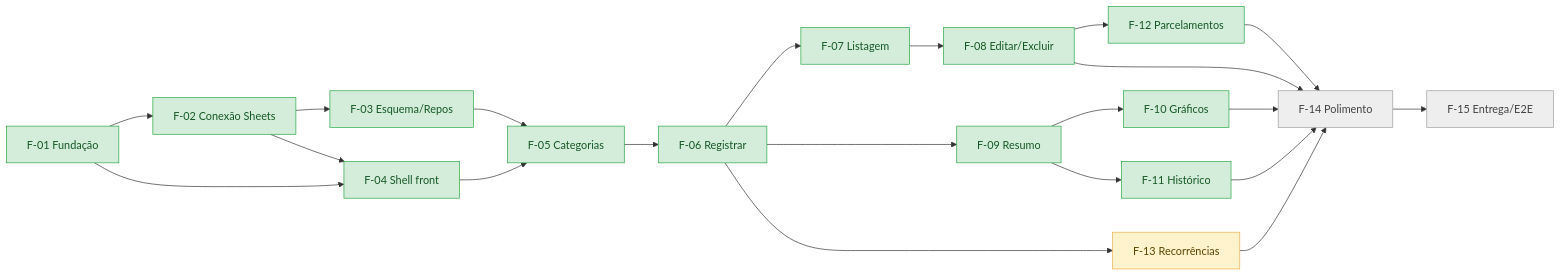
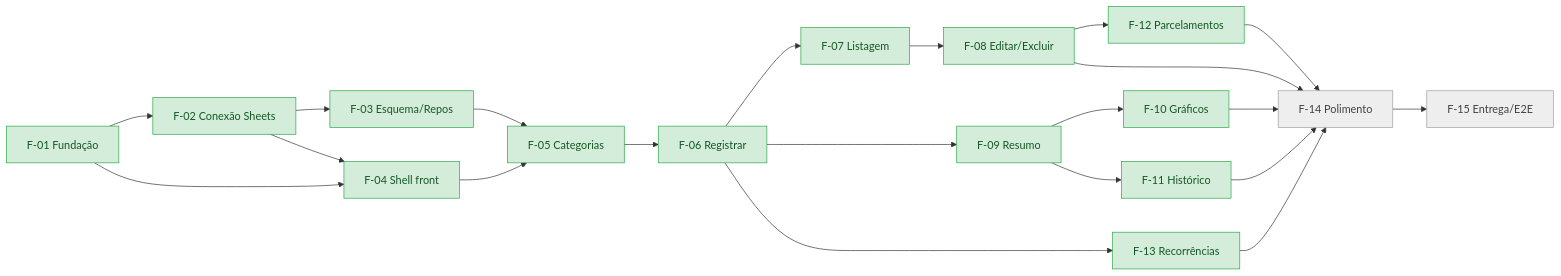
Before and after one commit to Pedrohcs/PlanilhaFinanceira: the diagram in SPECS/05-acompanhamento.md, drawn with Mermaid. The commit also changed other lines of this file and 17 other files, not shown here.

````diff
--- a/SPECS/05-acompanhamento.md
+++ b/SPECS/05-acompanhamento.md
@@ -64,24 +64,23 @@
 ```mermaid
 flowchart LR
     F01[F-01 Fundação] --> F02[F-02 Conexão Sheets] --> F03[F-03 Esquema/Repos]
     F01 --> F04[F-04 Shell front]
     F02 --> F04
     F03 --> F05[F-05 Categorias]
     F04 --> F05
     F05 --> F06[F-06 Registrar]
     F06 --> F07[F-07 Listagem] --> F08[F-08 Editar/Excluir]
     F06 --> F09[F-09 Resumo]
     F09 --> F10[F-10 Gráficos]
     F09 --> F11[F-11 Histórico]
     F08 --> F12[F-12 Parcelamentos]
     F06 --> F13[F-13 Recorrências]
     F08 & F10 & F11 & F12 & F13 --> F14[F-14 Polimento]
     F14 --> F15[F-15 Entrega/E2E]
 
     classDef naoIniciada fill:#eeeeee,stroke:#9e9e9e,color:#424242;
     classDef iniciada fill:#fff3cd,stroke:#f0ad4e,color:#5c4400;
     classDef concluida fill:#d4edda,stroke:#28a745,color:#155724;
     class F14,F15 naoIniciada;
-    class F13 iniciada;
-    class F01,F02,F03,F04,F05,F06,F07,F08,F09,F10,F11,F12 concluida;
+    class F01,F02,F03,F04,F05,F06,F07,F08,F09,F10,F11,F12,F13 concluida;
 ```
````
